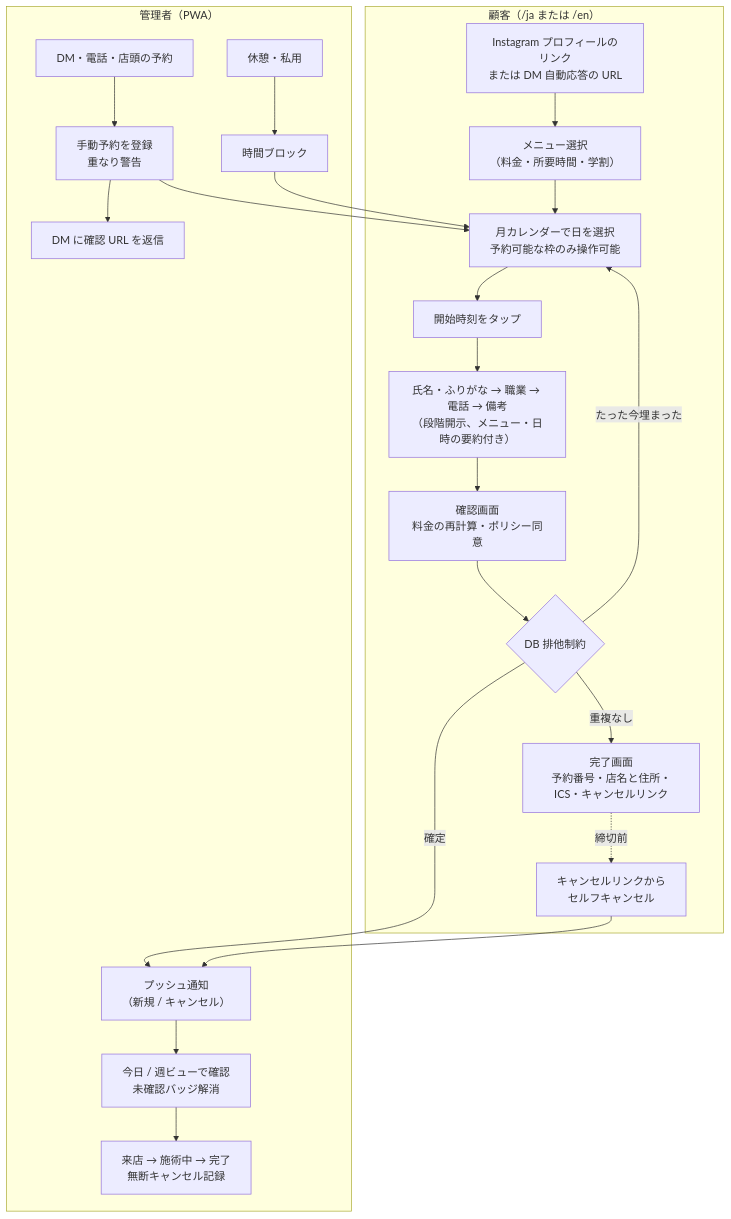
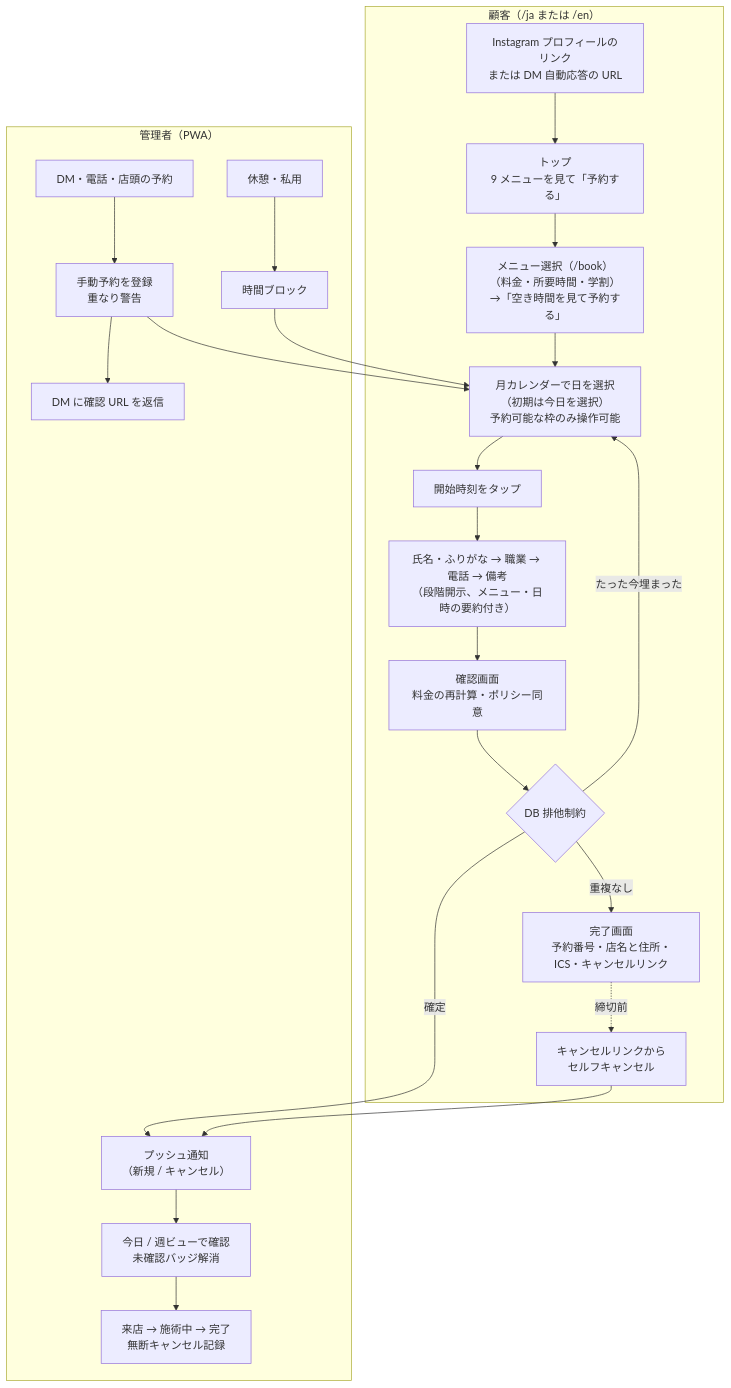
One commit to kaz-ma/barber-booking changed the second of 5 diagrams in docs/02_requirements/requirements.md. Above: the diagram before and after it, drawn with Mermaid. The commit also changed other lines of this file and 27 other files, not shown here.

````diff
--- a/docs/02_requirements/requirements.md
+++ b/docs/02_requirements/requirements.md
@@ -163,25 +164,26 @@
 ```mermaid
 flowchart TD
   subgraph 顧客["顧客（/ja または /en）"]
-    A1["Instagram プロフィールのリンク<br/>または DM 自動応答の URL"] --> A2["メニュー選択<br/>（料金・所要時間・学割）"]
-    A2 --> A4["月カレンダーで日を選択<br/>予約可能な枠のみ操作可能"]
+    A1["Instagram プロフィールのリンク<br/>または DM 自動応答の URL"] --> A0["トップ<br/>9 メニューを見て「予約する」"]
+    A0 --> A2["メニュー選択（/book）<br/>（料金・所要時間・学割）<br/>→「空き時間を見て予約する」"]
+    A2 --> A4["月カレンダーで日を選択<br/>（初期は今日を選択）<br/>予約可能な枠のみ操作可能"]
     A4 --> A5["開始時刻をタップ"]
     A5 --> A3["氏名・ふりがな → 職業 → 電話 → 備考<br/>（段階開示、メニュー・日時の要約付き）"]
     A3 --> A6["確認画面<br/>料金の再計算・ポリシー同意"]
     A6 --> A7{"DB 排他制約"}
     A7 -- "重複なし" --> A8["完了画面<br/>予約番号・店名と住所・ICS・キャンセルリンク"]
     A7 -- "たった今埋まった" --> A4
     A8 -. "締切前" .-> A9["キャンセルリンクから<br/>セルフキャンセル"]
   end
   subgraph 管理["管理者（PWA）"]
     B1["プッシュ通知<br/>（新規 / キャンセル）"] --> B2["今日 / 週ビューで確認<br/>未確認バッジ解消"]
     B3["DM・電話・店頭の予約"] --> B4["手動予約を登録<br/>重なり警告"]
     B4 --> B5["DM に確認 URL を返信"]
     B6["休憩・私用"] --> B7["時間ブロック"]
     B2 --> B8["来店 → 施術中 → 完了<br/>無断キャンセル記録"]
   end
   A7 -- "確定" --> B1
   A9 --> B1
   B4 --> A4
   B7 --> A4
 ```
````
